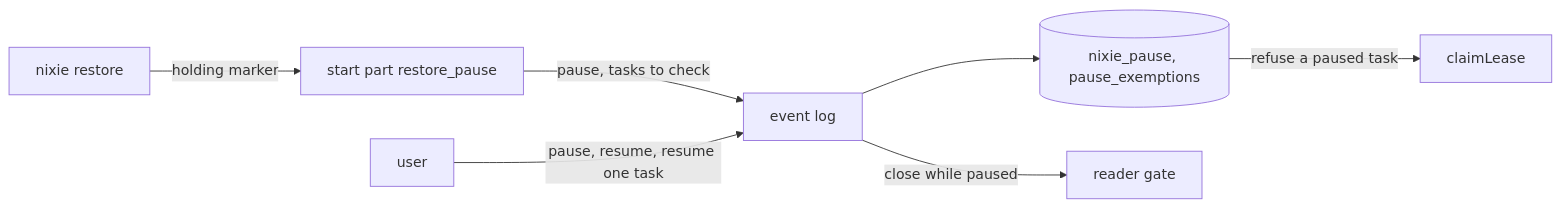
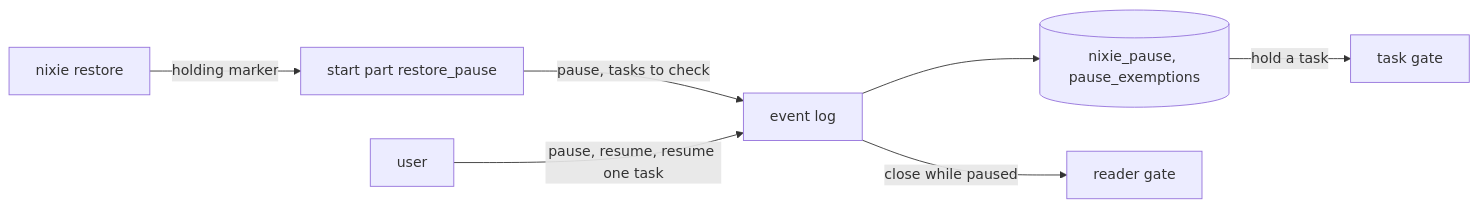
Before and after one commit to zgeoff/nixie: the diagram in docs/architecture/core/pause.md, drawn with Mermaid. The commit also changed other lines of this file and 77 other files, not shown here.

First line of the commit message:
feat(tasks): add one gate for every hold on a task (#1432)

````diff
--- a/docs/architecture/core/pause.md
+++ b/docs/architecture/core/pause.md
@@ -9,9 +9,9 @@
 ```mermaid
 flowchart LR
   restore[nixie restore] -->|"holding marker"| part[start part restore_pause]
   part -->|"pause, tasks to check"| log[event log]
   user[user] -->|"pause, resume, resume one task"| log
   log --> pause[(nixie_pause, pause_exemptions)]
   log -->|"close while paused"| gate[reader gate]
-  pause -->|"refuse a paused task"| claim[claimLease]
+  pause -->|"hold a task"| claim[task gate]
 ```
````
